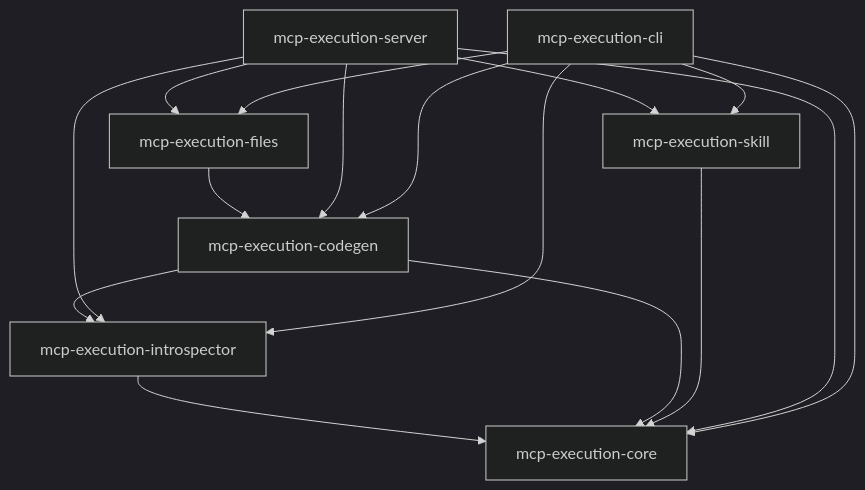
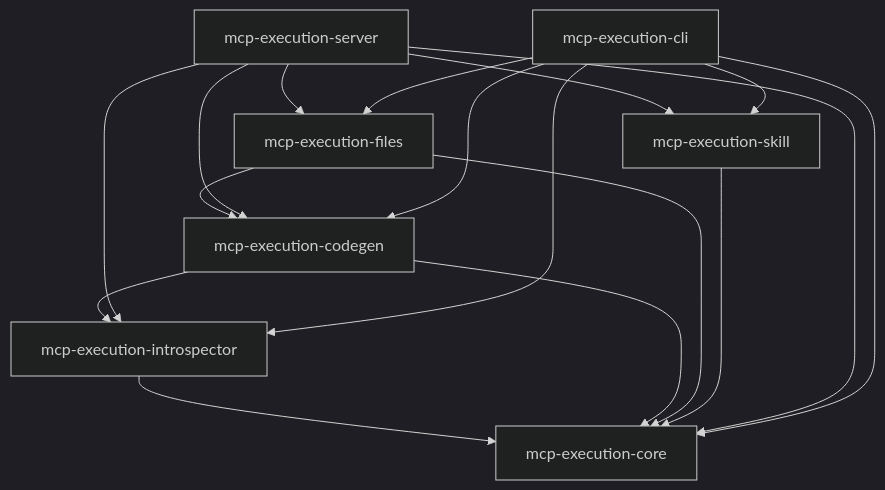
Before and after one commit to bug-ops/mcp-execution: the diagram in specs/README.md, drawn with Mermaid (dark theme). The commit also changed 10 other files, not shown here.

````diff
--- a/specs/README.md
+++ b/specs/README.md
@@ -62,26 +62,27 @@
 ```mermaid
 graph TD
     core[mcp-execution-core]
     introspector[mcp-execution-introspector]
     codegen[mcp-execution-codegen]
     files[mcp-execution-files]
     skill[mcp-execution-skill]
     server[mcp-execution-server]
     cli[mcp-execution-cli]
 
     introspector --> core
     codegen --> core
     codegen --> introspector
     files --> codegen
+    files --> core
     skill --> core
     server --> core
     server --> introspector
     server --> codegen
     server --> files
     server --> skill
     cli --> core
     cli --> introspector
     cli --> codegen
     cli --> files
     cli --> skill
 ```
````
